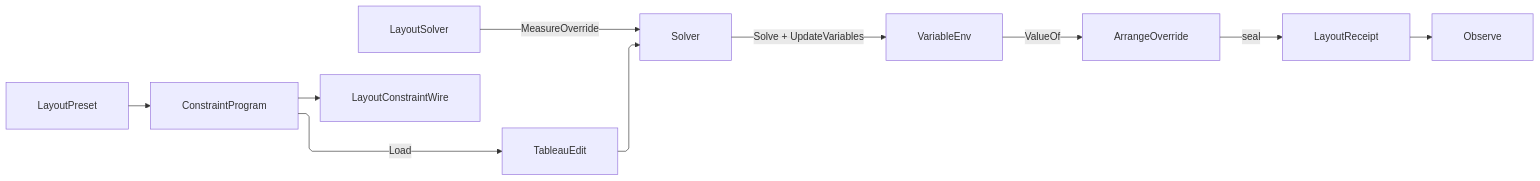
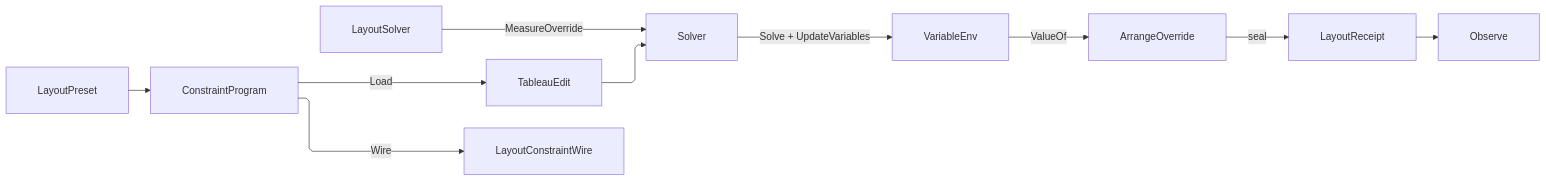
Before and after one commit to bsamiee/Rasm: the diagram in libs/csharp/Rasm.AppUi/.planning/Shell/solver.md, drawn with Mermaid. The commit also changed other lines of this file and 818 other files, not shown here.

````diff
--- a/libs/csharp/Rasm.AppUi/.planning/Shell/solver.md
+++ b/libs/csharp/Rasm.AppUi/.planning/Shell/solver.md
@@ -748,21 +758,21 @@
 ```mermaid
 ---
 config:
   layout: elk
   flowchart:
     curve: linear
     padding: 25
 ---
 flowchart LR
     accTitle: Constraint layout solve spine
     accDescr: A layout preset lowering into a constraint program the solver loads as a tableau delta, the variable environment resolving the values arrange reads, arrange sealing the pass receipt onto the evidence column, and the same program projecting the layout-constraint wire.
     LayoutPreset --> ConstraintProgram
     ConstraintProgram -->|Load| TableauEdit
     TableauEdit --> Solver
     LayoutSolver -->|MeasureOverride| Solver
     Solver -->|Solve + UpdateVariables| VariableEnv
     VariableEnv -->|ValueOf| ArrangeOverride
     ArrangeOverride -->|seal| LayoutReceipt
     LayoutReceipt --> Observe
-    ConstraintProgram --> LayoutConstraintWire
+    ConstraintProgram -->|Wire| LayoutConstraintWire
 ```
````
